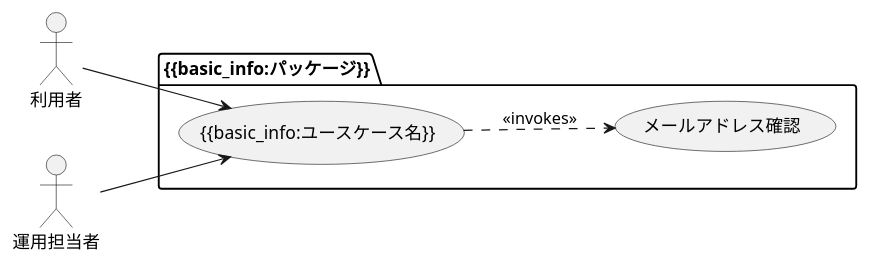
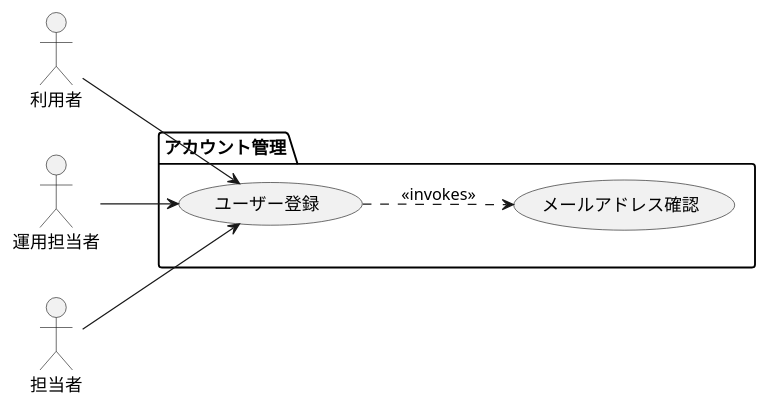
One commit to qichi91/yaml_editor changed the diagram in sample/usecase.spec.md. Above: the diagram before and after it, drawn with PlantUML. The commit also changed other lines of this file and 6 other files, not shown here.

````diff
--- a/sample/usecase.spec.md
+++ b/sample/usecase.spec.md
@@ -54,16 +69,18 @@
 ```plantuml
 @startuml
 left to right direction
 actor "利用者" as Actor_1
 actor "運用担当者" as Actor_2
+actor "担当者" as Actor_3
 
-package "{{basic_info:パッケージ}}" {
-  usecase "{{basic_info:ユースケース名}}" as CurrentUC
+package "アカウント管理" {
+  usecase "ユーザー登録" as CurrentUC
   usecase "メールアドレス確認" as UC_1
 }
 
 Actor_1 --> CurrentUC
 Actor_2 --> CurrentUC
+Actor_3 --> CurrentUC
 CurrentUC ..> UC_1 : <<invokes>>
 @enduml
 ```
````
